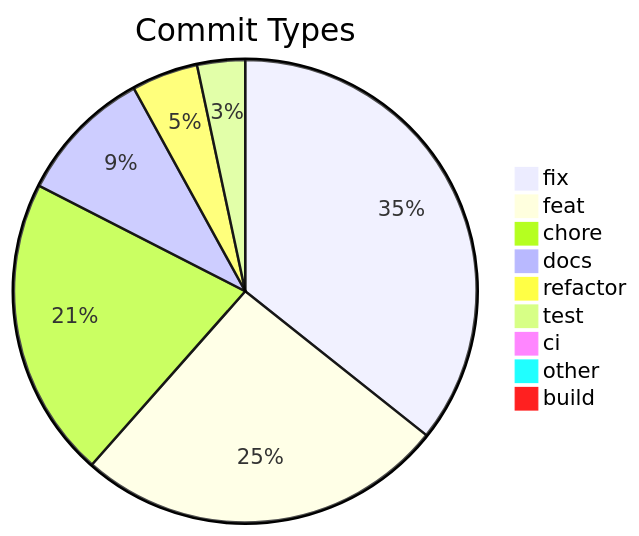
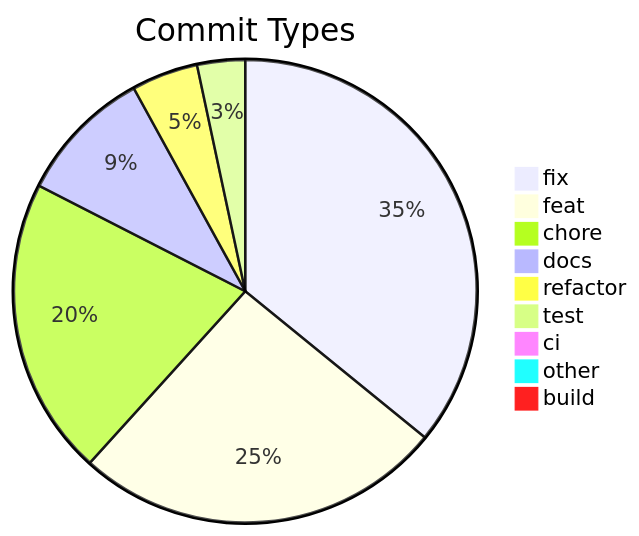
The diagram in .shipwright/compliance/change-history.md (svenroth-ai/shipwright-webui), drawn with Mermaid before and after one commit. The commit also changed other lines of this file and 18 other files, not shown here.

````diff
--- a/.shipwright/compliance/change-history.md
+++ b/.shipwright/compliance/change-history.md
@@ -8,12 +8,12 @@
 ```mermaid
 pie title Commit Types
-    "fix" : 192
+    "fix" : 193
     "feat" : 139
-    "chore" : 113
+    "chore" : 112
     "docs" : 51
     "refactor" : 25
     "test" : 18
     "ci" : 5
     "other" : 4
     "build" : 1
 ```
````
